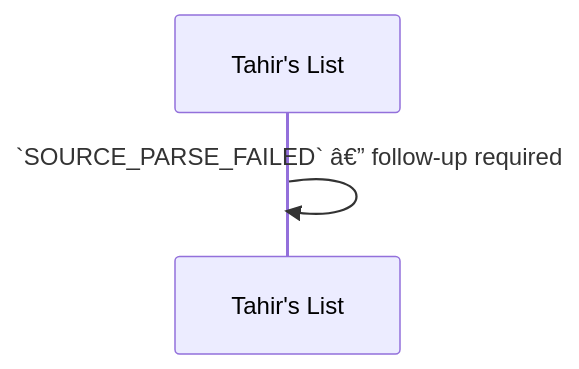
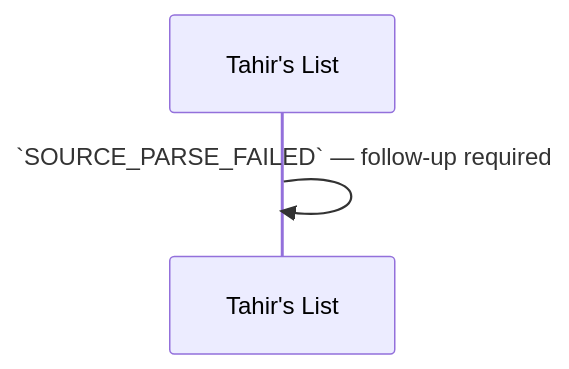
Before and after one commit to Losers-Lab/tahirs-list: the eighth of 10 diagrams in docs/features/SC-211/04-blackbox/UC-01-run-sample-directory-ingestion.md, drawn with Mermaid. The commit also changed other lines of this file and 12 other files, not shown here.

````diff
--- a/docs/features/SC-211/04-blackbox/UC-01-run-sample-directory-ingestion.md
+++ b/docs/features/SC-211/04-blackbox/UC-01-run-sample-directory-ingestion.md
@@ -66,5 +66,5 @@
 ```mermaid
 sequenceDiagram
   participant TL as Tahir's List
-  TL->>TL: `SOURCE_PARSE_FAILED` â€” follow-up required
+  TL->>TL: `SOURCE_PARSE_FAILED` — follow-up required
 ```
````
